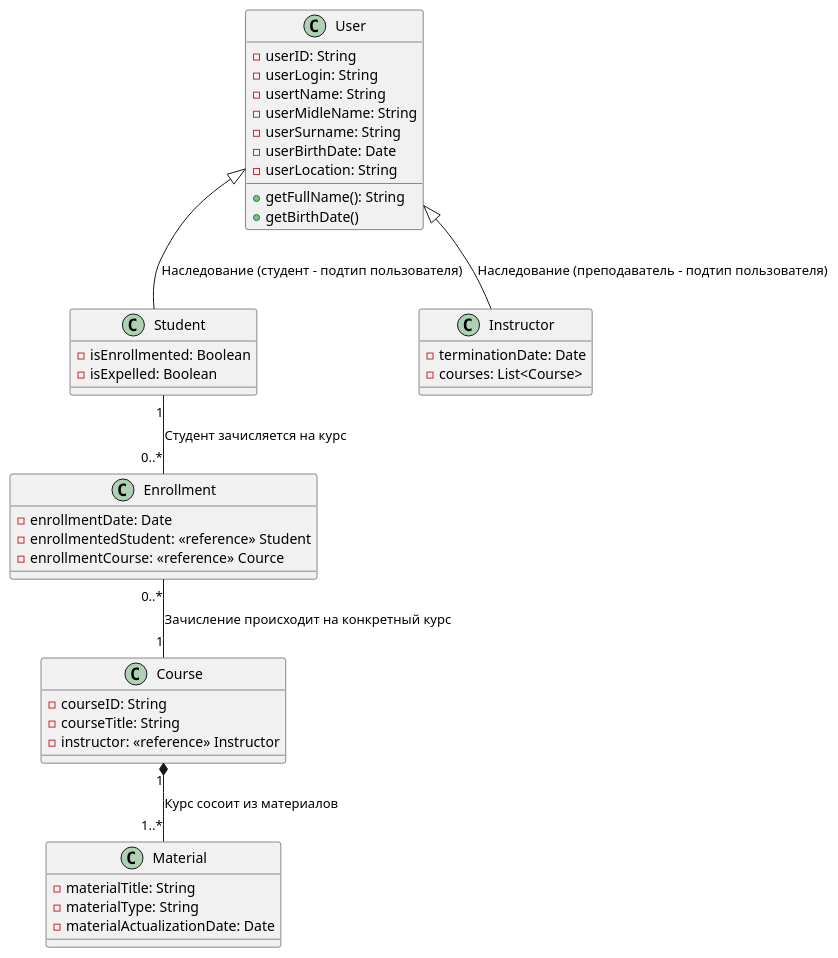
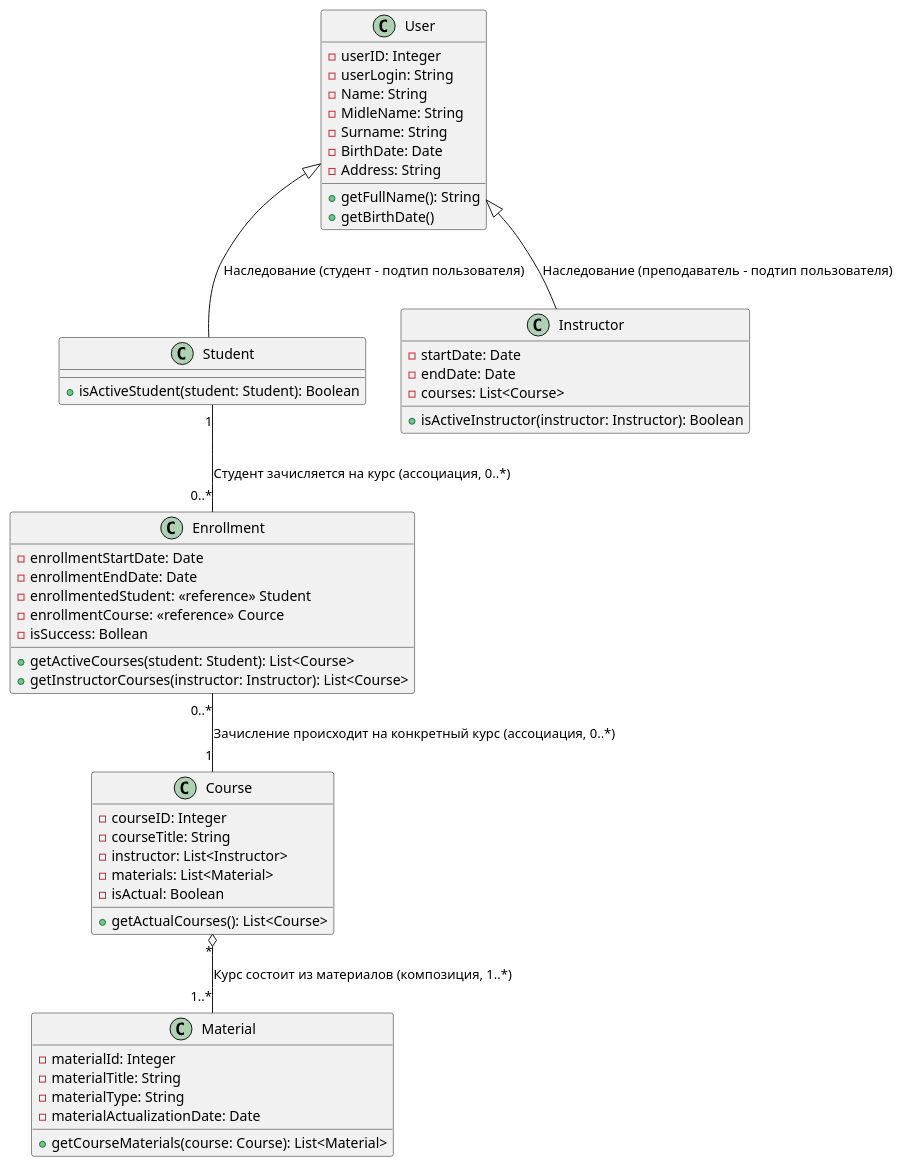
Before and after one commit to alex-s-pavlov/uml: the diagram in lesson_6/class_diagram.wsd, drawn with PlantUML.

Commit message:
Class diagram updated

```diff
--- a/lesson_6/class_diagram.wsd
+++ b/lesson_6/class_diagram.wsd
@@ -1,50 +1,60 @@
 @startuml Class diagram
 
 class User {
-    -userID: String
+    -userID: Integer
     -userLogin: String
-    -usertName: String
-    -userMidleName: String
-    -userSurname: String
-    -userBirthDate: Date
-    -userLocation: String
+    -Name: String
+    -MidleName: String
+    -Surname: String
+    -BirthDate: Date
+    -Address: String
     +getFullName(): String
     +getBirthDate()   
 }
 
 class Student{
-    -isEnrollmented: Boolean
-    -isExpelled: Boolean
+    +isActiveStudent(student: Student): Boolean
 }
 
 class Instructor{
-    -terminationDate: Date
+    -startDate: Date
+    -endDate: Date
     -courses: List<Course>
+    +isActiveInstructor(instructor: Instructor): Boolean
 }
 
 class Course{
-    -courseID: String
+    -courseID: Integer
     -courseTitle: String
-    -instructor: <<reference>> Instructor
+    -instructor: List<Instructor>
+    -materials: List<Material>
+    -isActual: Boolean
+    +getActualCourses(): List<Course>
 }
 
-
 class Enrollment{
-    -enrollmentDate: Date
+    -enrollmentStartDate: Date
+    -enrollmentEndDate: Date
     -enrollmentedStudent: <<reference>> Student 
     -enrollmentCourse: <<reference>> Cource
+    -isSuccess: Bollean
+    +getActiveCourses(student: Student): List<Course>
+    +getInstructorCourses(instructor: Instructor): List<Course>
 }
 
 class Material{
+    -materialId: Integer
     -materialTitle: String
     -materialType: String
     -materialActualizationDate: Date
+    +getCourseMaterials(course: Course): List<Material>
 }
 
 User <|-- Student: Наследование (студент - подтип пользователя)
 User <|-- Instructor: Наследование (преподаватель - подтип пользователя)
-Student "1" -- "0..*" Enrollment: Студент зачисляется на курс
-Enrollment "0..*" -- "1" Course: Зачисление происходит на конкретный курс
-Course "1" *-- "1..*" Material: Курс сосоит из материалов
+Student "1" -- "0..*" Enrollment: Студент зачисляется на курс (ассоциация, 0..*)
+Enrollment "0..*" -- "1" Course: Зачисление происходит на конкретный курс (ассоциация, 0..*)
+Course "*" o-- "1..*" Material: Курс состоит из материалов (композиция, 1..*)
+
 
 @enduml
```
